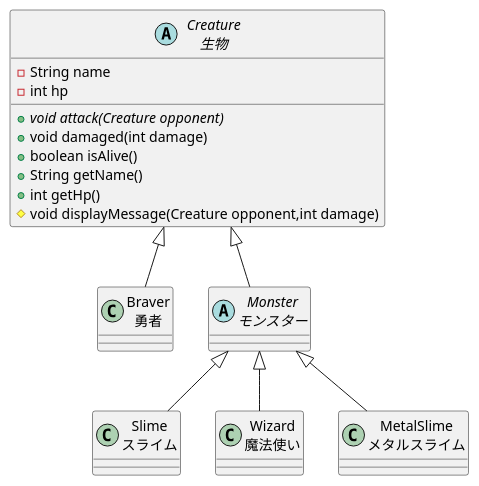
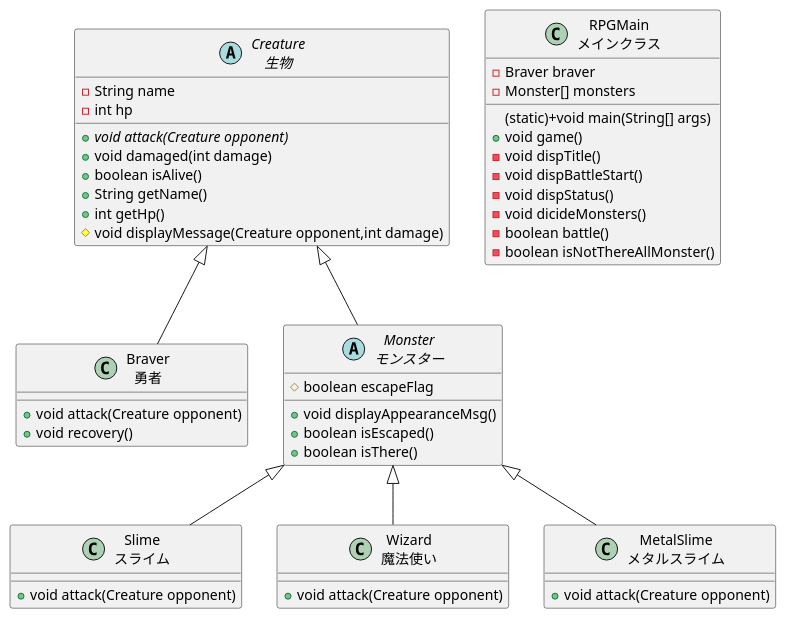
One commit to nishino-naoyuki/2021design changed the diagram in classes.md. Above: the diagram before and after it, drawn with PlantUML.

````diff
--- a/classes.md
+++ b/classes.md
@@ -1,30 +1,52 @@
 ```UML
 @startuml
 abstract class "Creature\n生物" as creature{
   -String name
   -int hp
   {abstract} +void attack(Creature opponent)
   +void damaged(int damage)
   +boolean isAlive()
   +String getName()
   +int getHp()
   #void displayMessage(Creature opponent,int damage)
 }
 class "Braver\n勇者" as braver{
+  +void attack(Creature opponent)
+  +void recovery()
 }
 abstract class "Monster\nモンスター" as monster{
+  #boolean escapeFlag
+  +void displayAppearanceMsg()
+  +boolean isEscaped()
+  +boolean isThere()
 }
 class "Slime\nスライム" as slime{
+  +void attack(Creature opponent)
 }
 class "Wizard\n魔法使い" as wizard{
+  +void attack(Creature opponent)
 }
 class "MetalSlime\nメタルスライム" as metalSlime{
+  +void attack(Creature opponent)
+}
+
+class "RPGMain\nメインクラス" as main{
+  -Braver braver
+  -Monster[] monsters
+  (static)+void main(String[] args)
+  +void game()
+  -void dispTitle()
+  -void dispBattleStart()
+  -void dispStatus()
+  -void dicideMonsters()
+  -boolean battle()
+  -boolean isNotThereAllMonster()
 }
 
 creature <|-- braver
 creature <|-- monster
 monster <|-- slime
 monster <|-- wizard
 monster <|-- metalSlime
 @enduml
 ```
````
